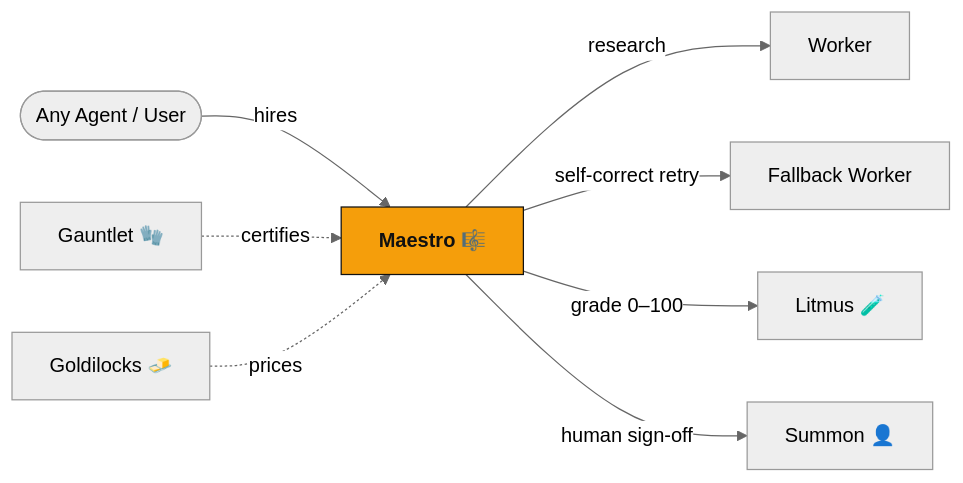
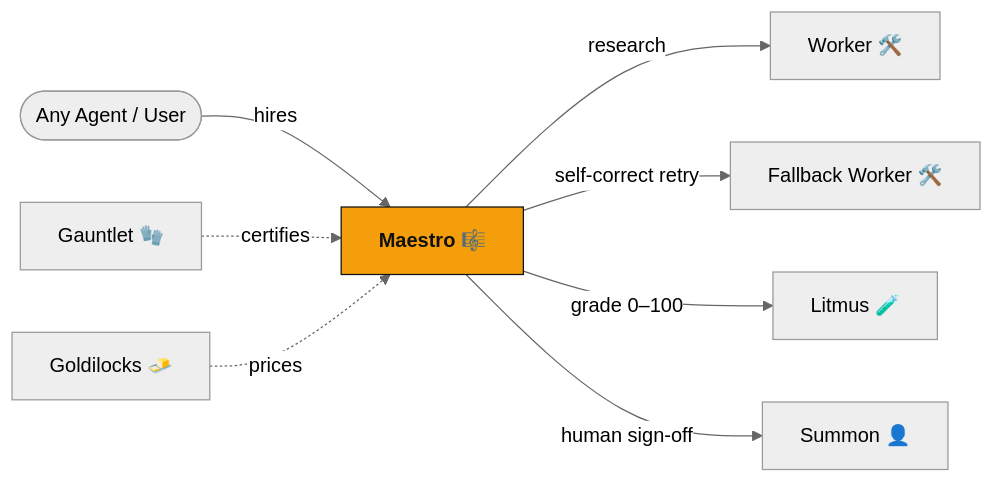
Before and after one commit to edycutjong/maestro: the diagram in README.md, drawn with Mermaid (neutral theme). The commit also changed other lines of this file, not shown here.

````diff
--- a/README.md
+++ b/README.md
@@ -46,12 +48,12 @@
 ```mermaid
 graph LR
     User([Any Agent / User]) -->|hires| M[Maestro 🎼]
-    M -->|research| W[Worker]
-    M -->|self-correct retry| FW[Fallback Worker]
+    M -->|research| W[Worker 🛠️]
+    M -->|self-correct retry| FW[Fallback Worker 🛠️]
     M -->|grade 0–100| L[Litmus 🧪]
     M -->|human sign-off| S[Summon 👤]
     G[Gauntlet 🧤] -.->|certifies| M
     GL[Goldilocks 🧈] -.->|prices| M
     classDef hot fill:#F59E0B,stroke:#111,color:#111,font-weight:bold;
     class M hot;
 ```
````
